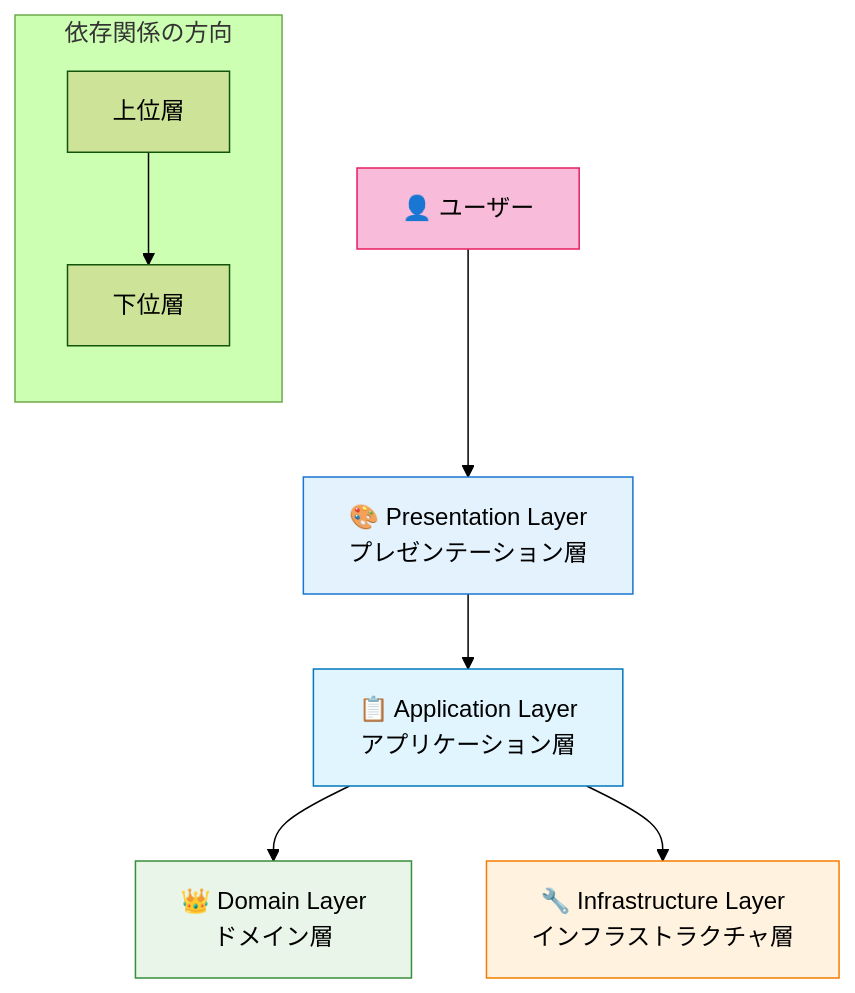
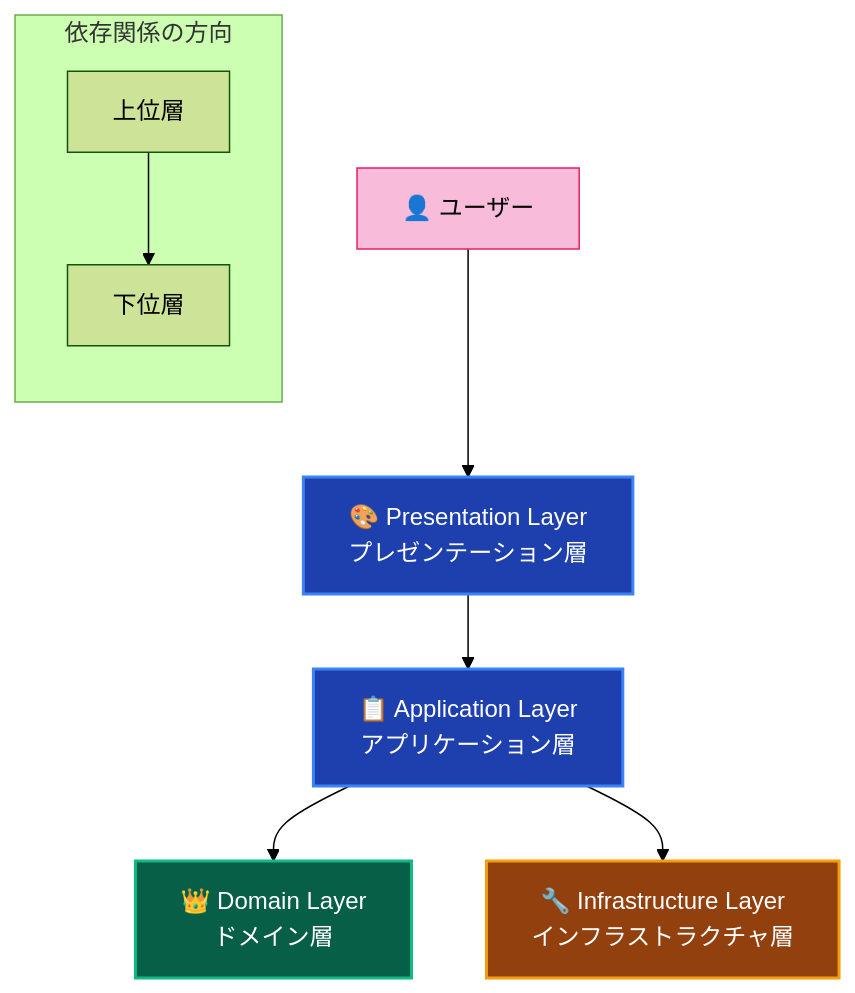
Before and after one commit to derushio/d-next-ddd-example: the first of 2 diagrams in _DOCS/guides/ddd/layers/layer.md, drawn with Mermaid (forest theme). The commit also changed other lines of this file and 31 other files, not shown here.

Commit message:
🎨: DOCSのMermaid図表カラーテーマを暗色に統一し視認性を向上

````diff
--- a/_DOCS/guides/ddd/layers/layer.md
+++ b/_DOCS/guides/ddd/layers/layer.md
@@ -13,20 +13,20 @@
 ```mermaid
 graph TD
     USER[👤 ユーザー] --> PRES[🎨 Presentation Layer<br/>プレゼンテーション層]
     PRES --> APP[📋 Application Layer<br/>アプリケーション層]
     APP --> DOMAIN[👑 Domain Layer<br/>ドメイン層]
     APP --> INFRA[🔧 Infrastructure Layer<br/>インフラストラクチャ層]
     
     subgraph "依存関係の方向"
         direction TB
         HIGH[上位層] --> LOW[下位層]
     end
     
-    style PRES fill:#e3f2fd,stroke:#1976d2
-    style APP fill:#e1f5fe,stroke:#0277bd
-    style DOMAIN fill:#e8f5e8,stroke:#388e3c
-    style INFRA fill:#fff3e0,stroke:#f57c00
+    style PRES fill:#1e40af,stroke:#3b82f6,stroke-width:2px,color:#ffffff
+    style APP fill:#1e40af,stroke:#3b82f6,stroke-width:2px,color:#ffffff
+    style DOMAIN fill:#065f46,stroke:#10b981,stroke-width:2px,color:#ffffff
+    style INFRA fill:#92400e,stroke:#f59e0b,stroke-width:2px,color:#ffffff
     
     classDef userStyle fill:#f8bbd9,stroke:#e91e63
     class USER userStyle
 ```
````
